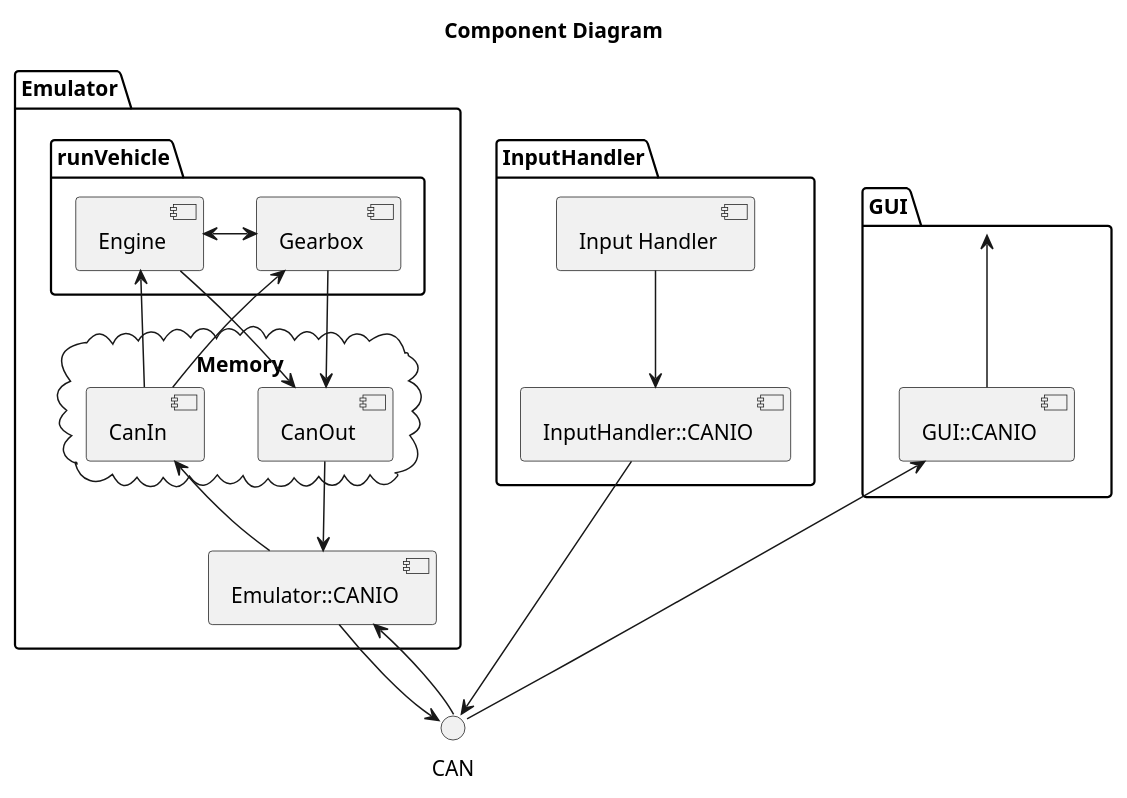
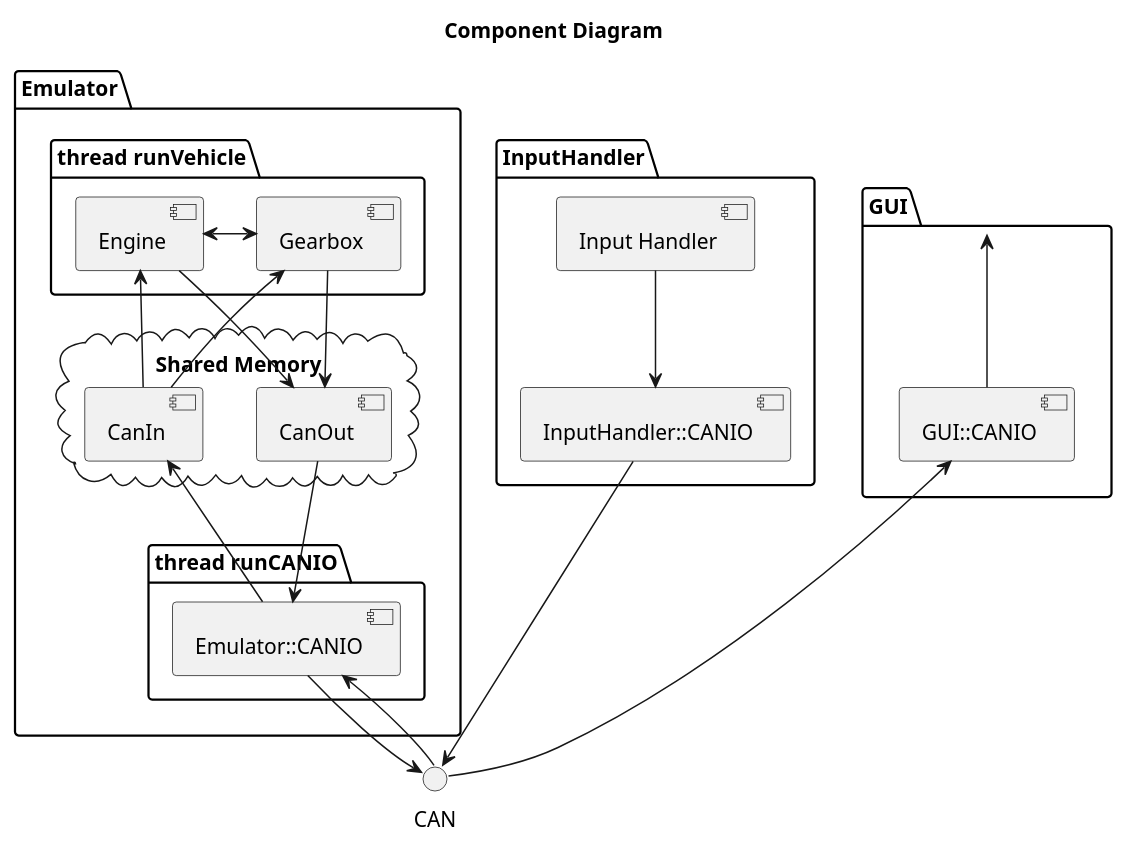
One commit to SubspaceBob/bootcamp_project changed the diagram in Docs/src/component_diagram.wsd. Above: the diagram before and after it, drawn with PlantUML. The commit also changed 7 other files, not shown here.

```diff
--- a/Docs/src/component_diagram.wsd
+++ b/Docs/src/component_diagram.wsd
@@ -1,41 +1,43 @@
 @startuml
 title Component Diagram
 
 package "InputHandler" {
     [Input Handler] --> [InputHandler::CANIO]
     [InputHandler::CANIO]
 }
 
 package "Emulator"{
+    package "thread runCANIO" {
     [Emulator::CANIO]
-    package "runVehicle" {
+    }
+    package "thread runVehicle" {
         [Engine] <-> [Gearbox]
     }  
-    cloud "Memory"{
+    cloud "Shared Memory"{
     [CanIn]
     [CanOut]
     }  
     
 }
 
 package "GUI" {
     [GUI] <-- [GUI::CANIO]
 }
 
 [InputHandler::CANIO] ---> CAN
 
 [Engine] -> [CanOut]
 [Gearbox]<--[CanIn]
 [Gearbox] -> [CanOut]
 [CanOut] -> [Emulator::CANIO]
 [CanIn] <-- [Emulator::CANIO] 
 [Emulator::CANIO] <-- CAN 
 [Emulator::CANIO] -> CAN
 
 
 [Engine] <--[CanIn]
 
 [GUI::CANIO] <--- CAN 
 
 
 @enduml
```
